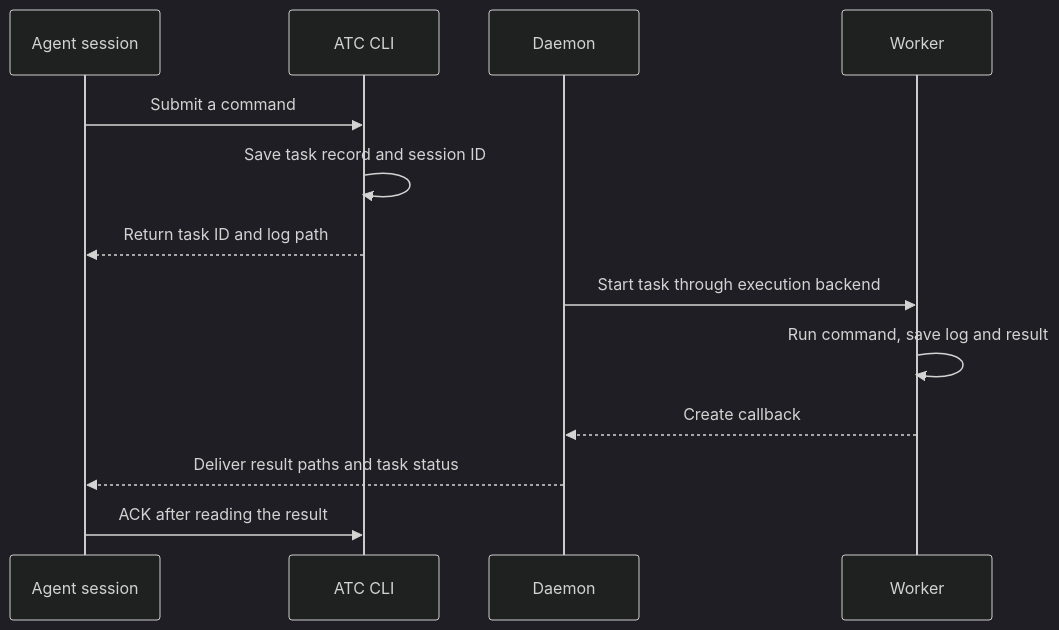
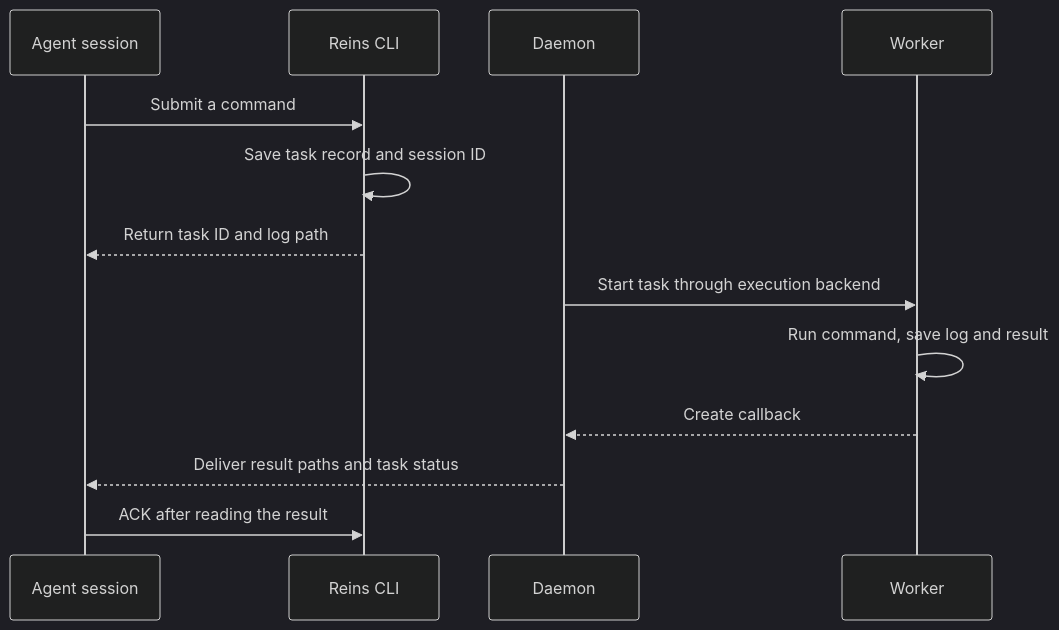
One commit to lz59970062/agent-atc changed the diagram in docs/overview.en.md. Above: the diagram before and after it, drawn with Mermaid (dark theme). The commit also changed other lines of this file and 315 other files, not shown here.

````diff
--- a/docs/overview.en.md
+++ b/docs/overview.en.md
@@ -13,15 +13,15 @@
 ```mermaid
 sequenceDiagram
     participant A as Agent session
-    participant L as ATC CLI
+    participant L as Reins CLI
     participant D as Daemon
     participant W as Worker
     A->>L: Submit a command
     L->>L: Save task record and session ID
     L-->>A: Return task ID and log path
     D->>W: Start task through execution backend
     W->>W: Run command, save log and result
     W-->>D: Create callback
     D-->>A: Deliver result paths and task status
     A->>L: ACK after reading the result
 ```
````
